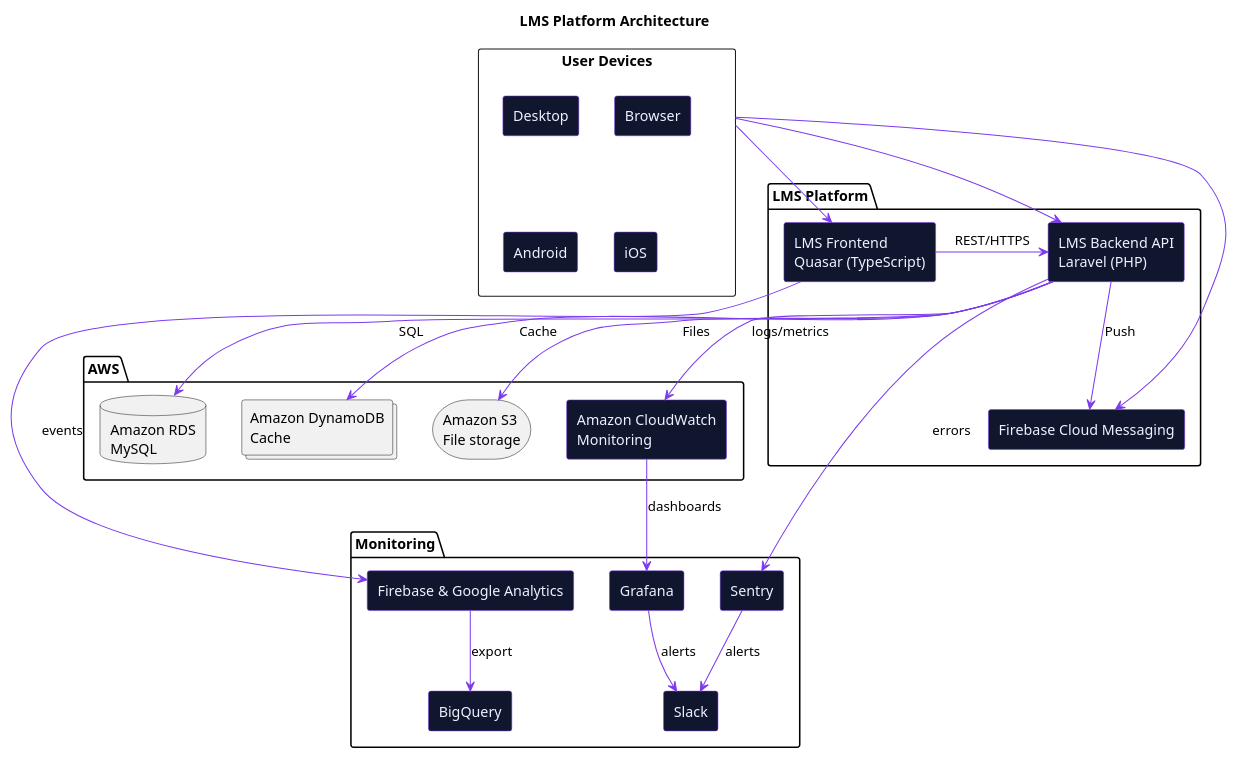
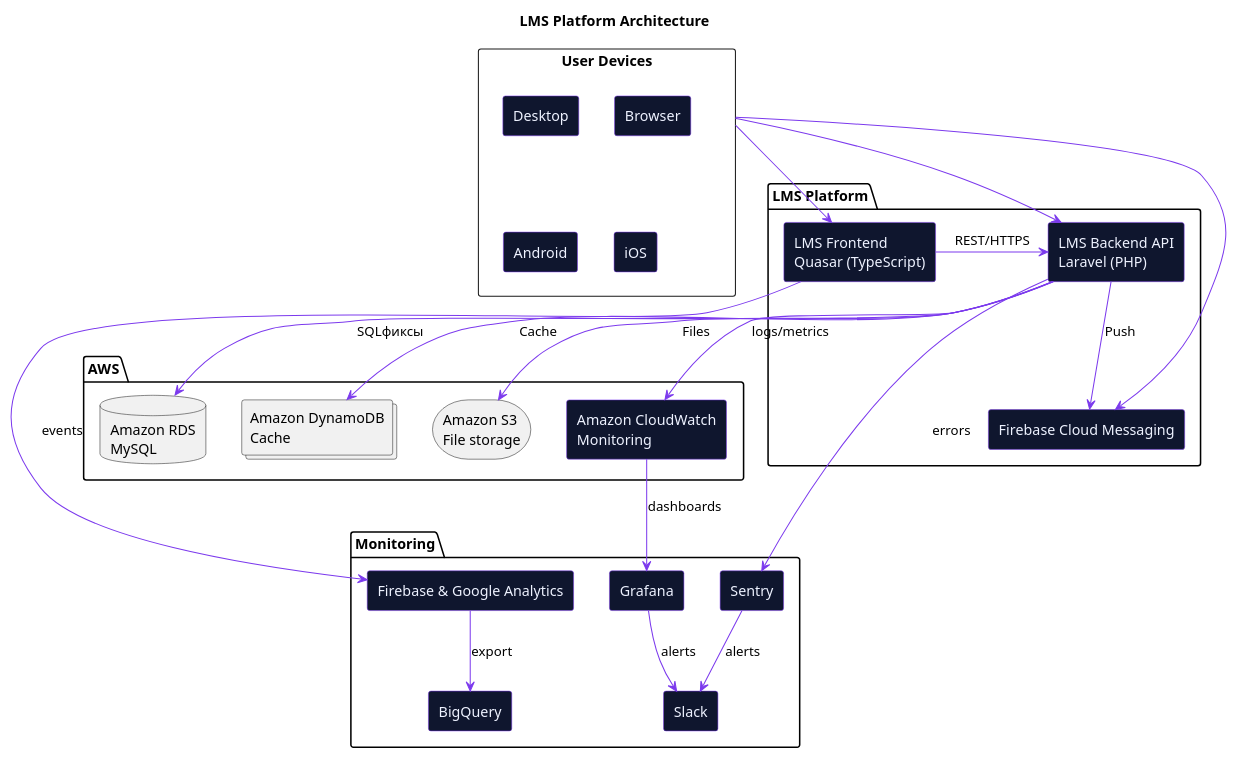
One commit to metroproliv/TestWork changed the diagram in puml/architecture.puml. Above: the diagram before and after it, drawn with PlantUML. The commit also changed 3 other files, not shown here.

Commit message:
фикс дерева, размера диаграммы и порядка блоков.

```diff
--- a/puml/architecture.puml
+++ b/puml/architecture.puml
@@ -1,58 +1,58 @@
 @startuml LMS_Architecture
 title LMS Platform Architecture
 skinparam backgroundColor transparent
 skinparam componentStyle rectangle
 skinparam wrapWidth 200
 skinparam shadowing false
 skinparam ArrowColor #7c3aed
 skinparam componentBorderColor #7c3aed
 skinparam componentBackgroundColor #0f162e
 skinparam componentFontColor #eef2ff
 
 rectangle "User Devices" as devices {
   [Desktop]
   [Browser]
   [Android]
   [iOS]
 }
 
 package "LMS Platform" as platform {
   component "LMS Frontend\nQuasar (TypeScript)" as frontend
   component "LMS Backend API\nLaravel (PHP)" as api
   component "Firebase Cloud Messaging" as fcm
 }
 
 package "AWS" as aws {
   database "Amazon RDS\nMySQL" as rds
   collections "Amazon DynamoDB\nCache" as ddb
   storage "Amazon S3\nFile storage" as s3
   component "Amazon CloudWatch\nMonitoring" as cw
 }
 
 package "Monitoring" as mon {
   component "Firebase & Google Analytics" as ga
   component "BigQuery" as bq
   component "Sentry" as sentry
   component "Grafana" as grafana
   component "Slack" as slack
 }
 
 devices -down-> frontend
 devices -down-> api
 devices -down-> fcm
 
 frontend -right-> api : REST/HTTPS
-api -right-> rds : SQL
+api -right-> rds : SQLфиксы
 api -right-> ddb : Cache
 api -right-> s3 : Files
 api -down-> fcm : Push
 
 frontend -down-> ga : events
 api -down-> cw : logs/metrics
 api -down-> sentry : errors
 ga -down-> bq : export
 cw -down-> grafana : dashboards
 sentry -down-> slack : alerts
 grafana -down-> slack : alerts
 
 @enduml
```
